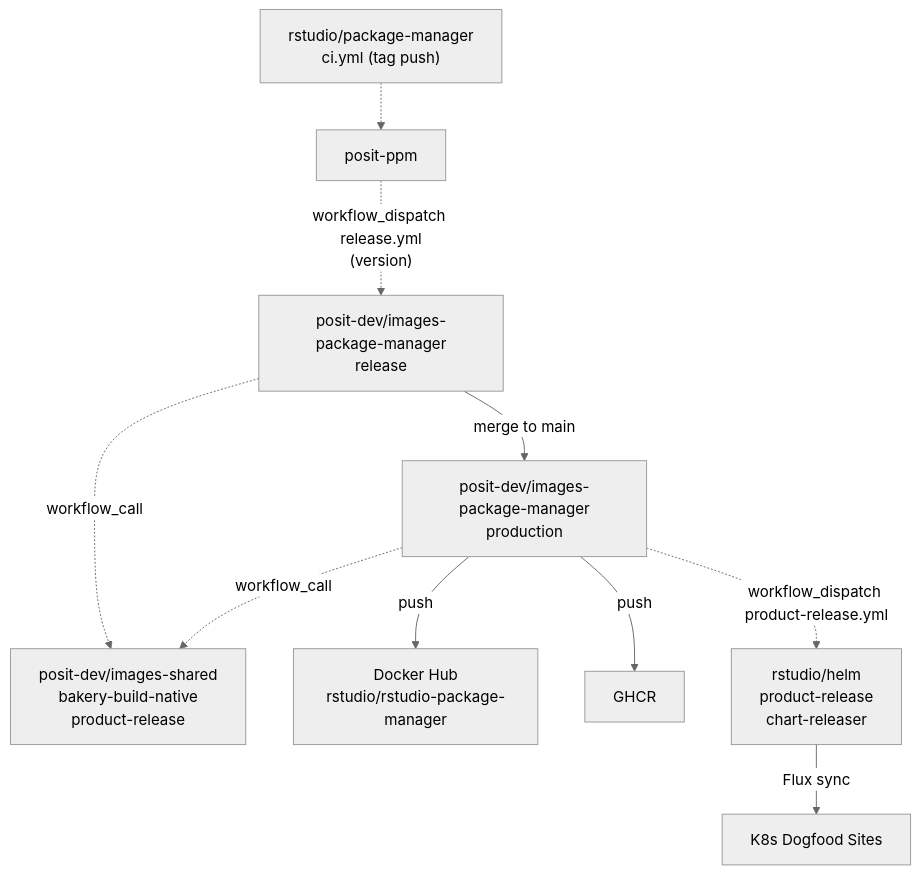
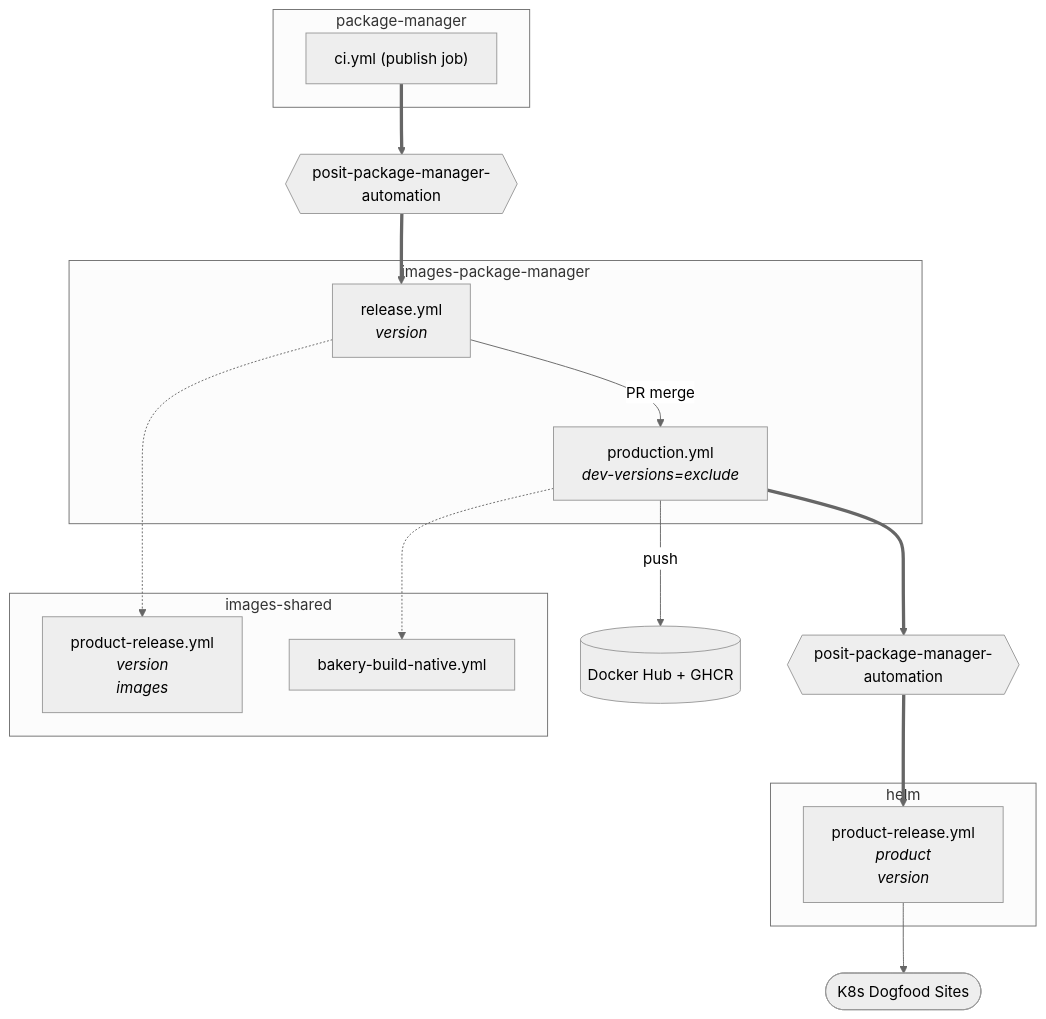
Before and after one commit to posit-dev/images-shared: the eighth of 9 diagrams in posit-bakery/docs/cross-repo-workflows.qmd, drawn with Mermaid (neutral theme). The commit also changed other lines of this file and 1 other file, not shown here.

First line of the commit message:
Update cross-repo workflow diagrams

````diff
--- a/posit-bakery/docs/cross-repo-workflows.qmd
+++ b/posit-bakery/docs/cross-repo-workflows.qmd
@@ -300,31 +318,43 @@
 ```{mermaid}
 %%| fig-cap: "Package Manager Production Flow"
 graph TD
-    PROD["rstudio/package-manager<br/>ci.yml (tag push)"]
-    BOT["posit-ppm"]
+    subgraph package-manager
+        CI["ci.yml (publish job)"]
+    end
 
-    PROD -.-> BOT
-    BOT -.->|"workflow_dispatch release.yml<br/>(version)"| IMG_RELEASE
+    CI ==> APP_REL{{"posit-package-manager-automation"}}
+    APP_REL ==> REL
 
-    SHARED["posit-dev/images-shared<br/>bakery-build-native<br/>product-release"]
+    subgraph images-package-manager
+        REL["release.yml<br/><i>version</i>"]
+        PROD_WF["production.yml<br/><i>dev-versions=exclude</i>"]
+    end
 
-    IMG_RELEASE["posit-dev/images-package-manager<br/>release"]
-    IMG_PROD["posit-dev/images-package-manager<br/>production"]
+    REL -.-> PRODUCT_REL
 
-    IMG_RELEASE -.->|workflow_call| SHARED
-    IMG_PROD -.->|workflow_call| SHARED
+    subgraph images-shared
+        PRODUCT_REL["product-release.yml<br/><i>version</i><br/><i>images</i>"]
+        SHARED["bakery-build-native.yml"]
+    end
 
-    IMG_RELEASE -->|"merge to main"| IMG_PROD
+    REL -->|"PR merge"| PROD_WF
+    PROD_WF -.-> SHARED
 
-    IMG_PROD -->|push| DOCKERHUB
-    IMG_PROD -->|push| GHCR
+    PROD_WF -->|push| REGISTRIES[("Docker Hub + GHCR")]
 
-    DOCKERHUB["Docker Hub<br/>rstudio/rstudio-package-manager"]
-    GHCR["GHCR"]
+    PROD_WF ==> APP_HELM{{"posit-package-manager-automation"}}
+    APP_HELM ==> HELM_WF
 
-    IMG_PROD -.->|"workflow_dispatch product-release.yml"| HELM
-    HELM["rstudio/helm<br/>product-release<br/>chart-releaser"]
-    HELM -->|Flux sync| K8S
+    subgraph helm
+        HELM_WF["product-release.yml<br/><i>product</i><br/><i>version</i>"]
+    end
 
-    K8S["K8s Dogfood Sites"]
+    HELM_WF --> K8S(["K8s Dogfood Sites"])
+
+    click CI "https://github.com/rstudio/package-manager/blob/main/.github/workflows/ci.yml" _blank
+    click REL "https://github.com/posit-dev/images-package-manager/blob/main/.github/workflows/release.yml" _blank
+    click PROD_WF "https://github.com/posit-dev/images-package-manager/blob/main/.github/workflows/production.yml" _blank
+    click PRODUCT_REL "https://github.com/posit-dev/images-shared/blob/main/.github/workflows/product-release.yml" _blank
+    click SHARED "https://github.com/posit-dev/images-shared/blob/main/.github/workflows/bakery-build-native.yml" _blank
+    click HELM_WF "https://github.com/rstudio/helm/blob/main/.github/workflows/product-release.yml" _blank
 ```
````
